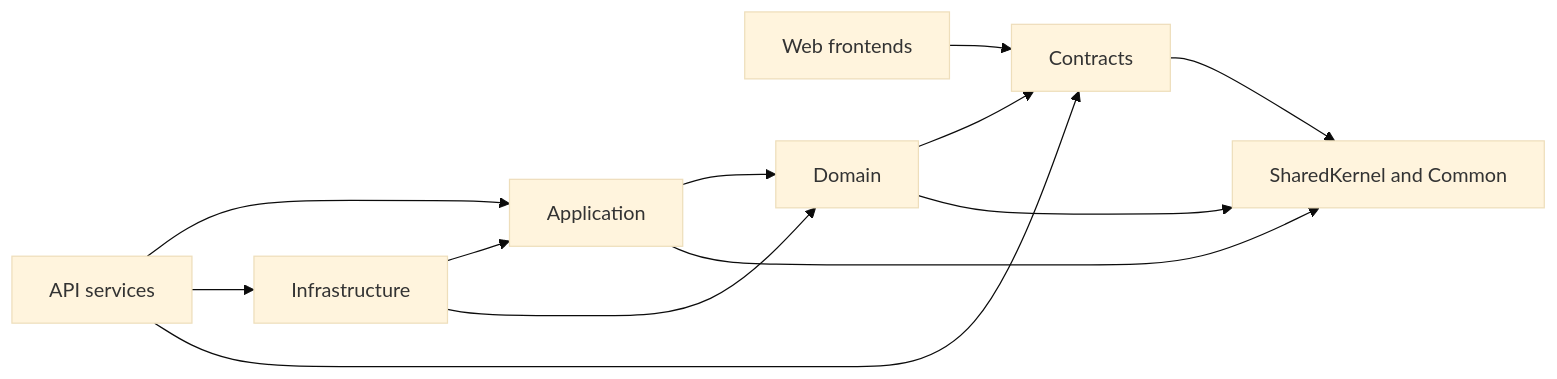
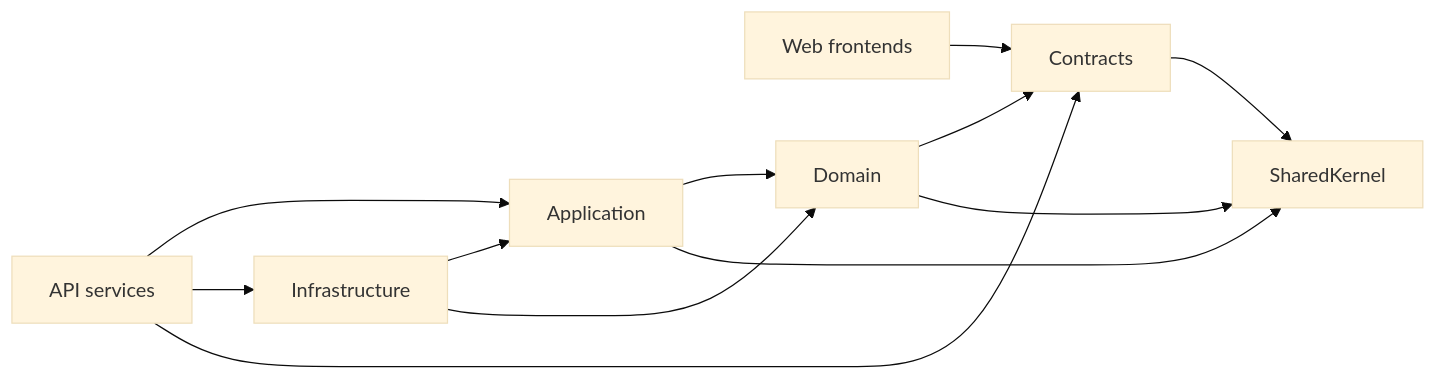
One commit to danigutsch/ViajantesTurismo changed the third of 4 diagrams in docs/architecture/boundaries-and-dependencies.md. Above: the diagram before and after it, drawn with Mermaid (base theme). The commit also changed other lines of this file and 228 other files, not shown here.

````diff
--- a/docs/architecture/boundaries-and-dependencies.md
+++ b/docs/architecture/boundaries-and-dependencies.md
@@ -122,22 +128,22 @@
 ```mermaid
 flowchart LR
     ui[Web frontends]
     api[API services]
     infra[Infrastructure]
     app[Application]
     domain[Domain]
     contracts[Contracts]
-    shared[SharedKernel and Common]
+    shared[SharedKernel]
 
     ui --> contracts
     api --> app
     api --> infra
     api --> contracts
     infra --> app
     infra --> domain
     app --> domain
     domain --> contracts
     domain --> shared
     app --> shared
     contracts --> shared
 ```
````
